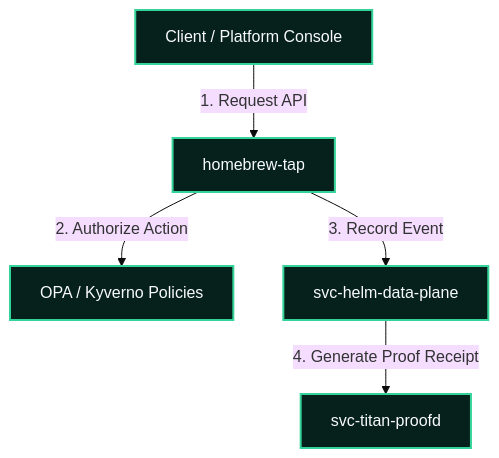
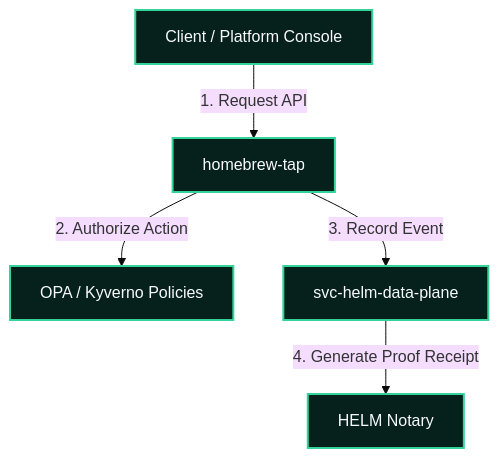
The diagram in README.md (Mindburn-Labs/homebrew-tap), drawn with Mermaid (base theme) before and after one commit. The commit also changed other lines of this file, not shown here.

Commit message:
docs: remove retired product references

````diff
--- a/README.md
+++ b/README.md
@@ -22,12 +22,12 @@
 ```mermaid
 graph TD
     %% Styling and Colors
     classDef box fill:#06201b,stroke:#34d399,stroke-width:2px,color:#f8fafc;
 
     Client["Client / Platform Console"] -->|1. Request API| Controller["homebrew-tap"]
     Controller -->|2. Authorize Action| Policies["OPA / Kyverno Policies"]
     Controller -->|3. Record Event| DataPlane["svc-helm-data-plane"]
-    DataPlane -->|4. Generate Proof Receipt| Notary["svc-titan-proofd"]
+    DataPlane -->|4. Generate Proof Receipt| Notary["HELM Notary"]
 
     class Client,Controller,Policies,DataPlane,Notary box;
 ```
````
